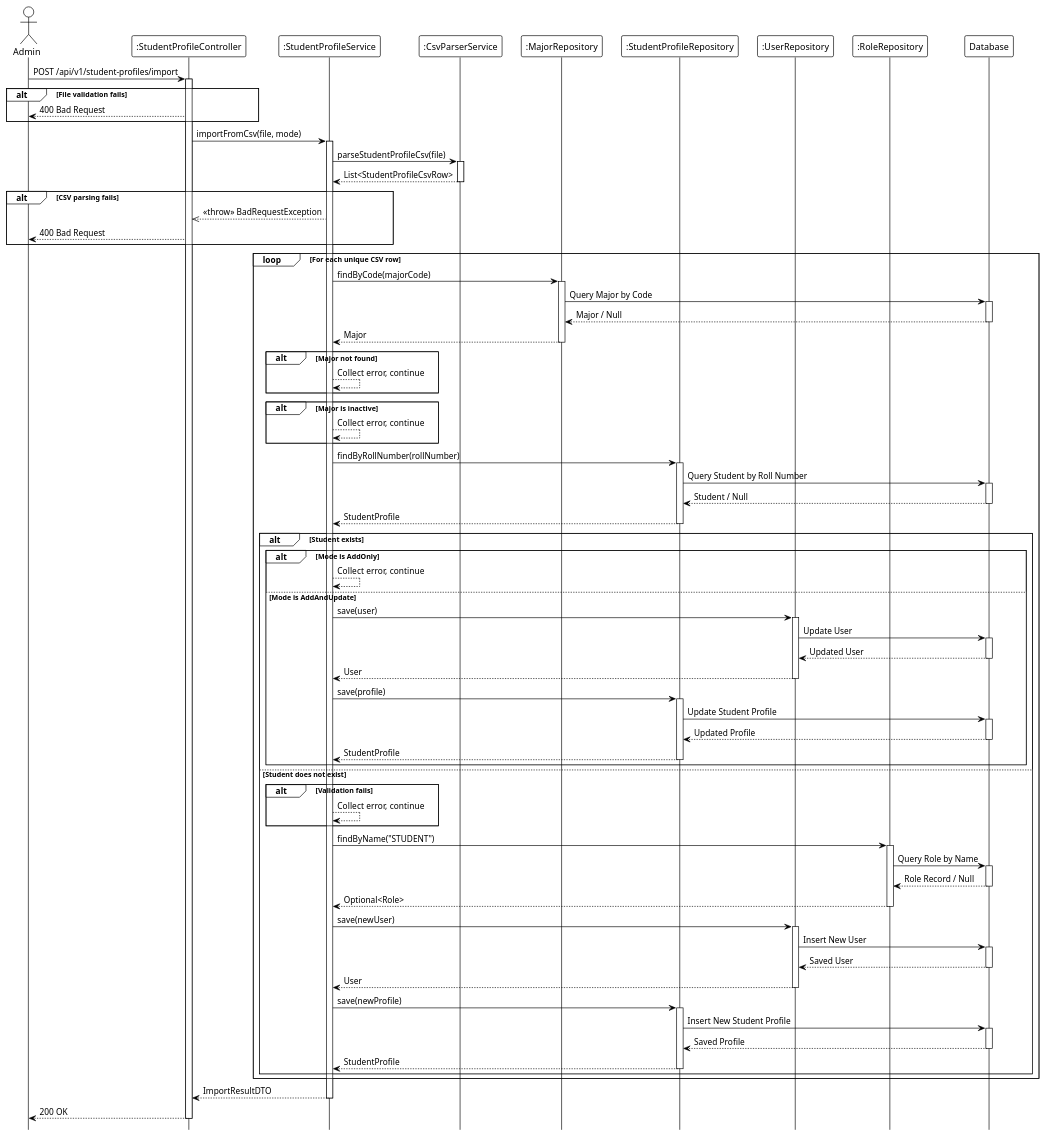
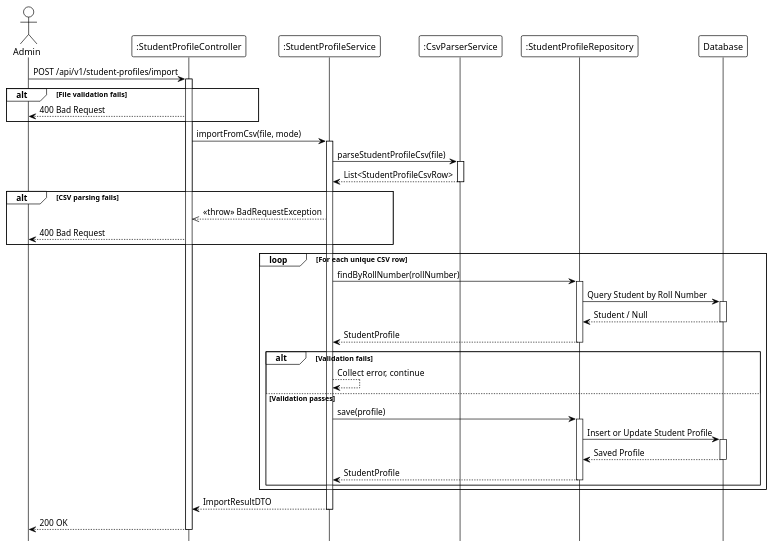
One commit to Ndh474/context changed the diagram in system_detailed_design/47_import_csv_student/sequence_diagram_import_csv_student.puml. Above: the diagram before and after it, drawn with PlantUML. The commit also changed 10 other files, not shown here.

```diff
--- a/system_detailed_design/47_import_csv_student/sequence_diagram_import_csv_student.puml
+++ b/system_detailed_design/47_import_csv_student/sequence_diagram_import_csv_student.puml
@@ -1,156 +1,80 @@
 @startuml import_csv_student
 !theme plain
 hide footbox
 
 actor Admin
 participant ":StudentProfileController" as Controller
 participant ":StudentProfileService" as Service
 participant ":CsvParserService" as CsvParser
-participant ":MajorRepository" as MajorRepo
-participant ":StudentProfileRepository" as StudentRepo
-participant ":UserRepository" as UserRepo
-participant ":RoleRepository" as RoleRepo
+participant ":StudentProfileRepository" as Repository
 participant "Database" as DB
 
 ' --- MAIN FLOW ---
 Admin -> Controller: POST /api/v1/student-profiles/import
 activate Controller
 
 ' File validation (internal)
 
 alt File validation fails
     Controller --> Admin: 400 Bad Request
 end
 
 Controller -> Service: importFromCsv(file, mode)
 activate Service
 
 ' --- PARSE CSV ---
 Service -> CsvParser: parseStudentProfileCsv(file)
 activate CsvParser
 
 CsvParser --> Service: List<StudentProfileCsvRow>
 deactivate CsvParser
 
 alt CSV parsing fails
     Service -->> Controller: <<throw>> BadRequestException
     Controller --> Admin: 400 Bad Request
 end
 
 ' CSV deduplication (internal)
 
 ' --- BATCH PROCESSING LOOP ---
 loop For each unique CSV row
-    ' --- FIND MAJOR ---
-    Service -> MajorRepo: findByCode(majorCode)
-    activate MajorRepo
+    ' Row validation (internal: major validation, email/username/roll number uniqueness, role assignment)
+
+    Service -> Repository: findByRollNumber(rollNumber)
+    activate Repository
     
-    MajorRepo -> DB: Query Major by Code
+    Repository -> DB: Query Student by Roll Number
     activate DB
-    DB --> MajorRepo: Major / Null
+    DB --> Repository: Student / Null
     deactivate DB
     
-    MajorRepo --> Service: Major
-    deactivate MajorRepo
+    Repository --> Service: StudentProfile
+    deactivate Repository
     
-    alt Major not found
+    ' Business logic: create or update based on mode (internal)
+    
+    alt Validation fails
         Service --> Service: Collect error, continue
-    end
-    
-    alt Major is inactive
-        Service --> Service: Collect error, continue
-    end
-    
-    ' --- CHECK EXISTING STUDENT ---
-    Service -> StudentRepo: findByRollNumber(rollNumber)
-    activate StudentRepo
-    
-    StudentRepo -> DB: Query Student by Roll Number
-    activate DB
-    DB --> StudentRepo: Student / Null
-    deactivate DB
-    
-    StudentRepo --> Service: StudentProfile
-    deactivate StudentRepo
-    
-    alt Student exists
-        alt Mode is AddOnly
-            Service --> Service: Collect error, continue
-        else Mode is AddAndUpdate
-            ' Update existing student
-            Service -> UserRepo: save(user)
-            activate UserRepo
-            
-            UserRepo -> DB: Update User
-            activate DB
-            DB --> UserRepo: Updated User
-            deactivate DB
-            
-            UserRepo --> Service: User
-            deactivate UserRepo
-            
-            Service -> StudentRepo: save(profile)
-            activate StudentRepo
-            
-            StudentRepo -> DB: Update Student Profile
-            activate DB
-            DB --> StudentRepo: Updated Profile
-            deactivate DB
-            
-            StudentRepo --> Service: StudentProfile
-            deactivate StudentRepo
-        end
-    else Student does not exist
-        ' Validation logic (internal)
+    else Validation passes
+        Service -> Repository: save(profile)
+        activate Repository
         
-        alt Validation fails
-            Service --> Service: Collect error, continue
-        end
-        
-        ' --- FIND STUDENT ROLE ---
-        Service -> RoleRepo: findByName("STUDENT")
-        activate RoleRepo
-        
-        RoleRepo -> DB: Query Role by Name
+        Repository -> DB: Insert or Update Student Profile
         activate DB
-        DB --> RoleRepo: Role Record / Null
+        DB --> Repository: Saved Profile
         deactivate DB
         
-        RoleRepo --> Service: Optional<Role>
-        deactivate RoleRepo
-        
-        ' --- CREATE NEW USER ---
-        Service -> UserRepo: save(newUser)
-        activate UserRepo
-        
-        UserRepo -> DB: Insert New User
-        activate DB
-        DB --> UserRepo: Saved User
-        deactivate DB
-        
-        UserRepo --> Service: User
-        deactivate UserRepo
-        
-        ' --- CREATE NEW STUDENT PROFILE ---
-        Service -> StudentRepo: save(newProfile)
-        activate StudentRepo
-        
-        StudentRepo -> DB: Insert New Student Profile
-        activate DB
-        DB --> StudentRepo: Saved Profile
-        deactivate DB
-        
-        StudentRepo --> Service: StudentProfile
-        deactivate StudentRepo
+        Repository --> Service: StudentProfile
+        deactivate Repository
     end
 end
 
 ' Build result with success/failure counts (internal)
 
 Service --> Controller: ImportResultDTO
 deactivate Service
 
 Controller --> Admin: 200 OK
 deactivate Controller
 
 @enduml
```
